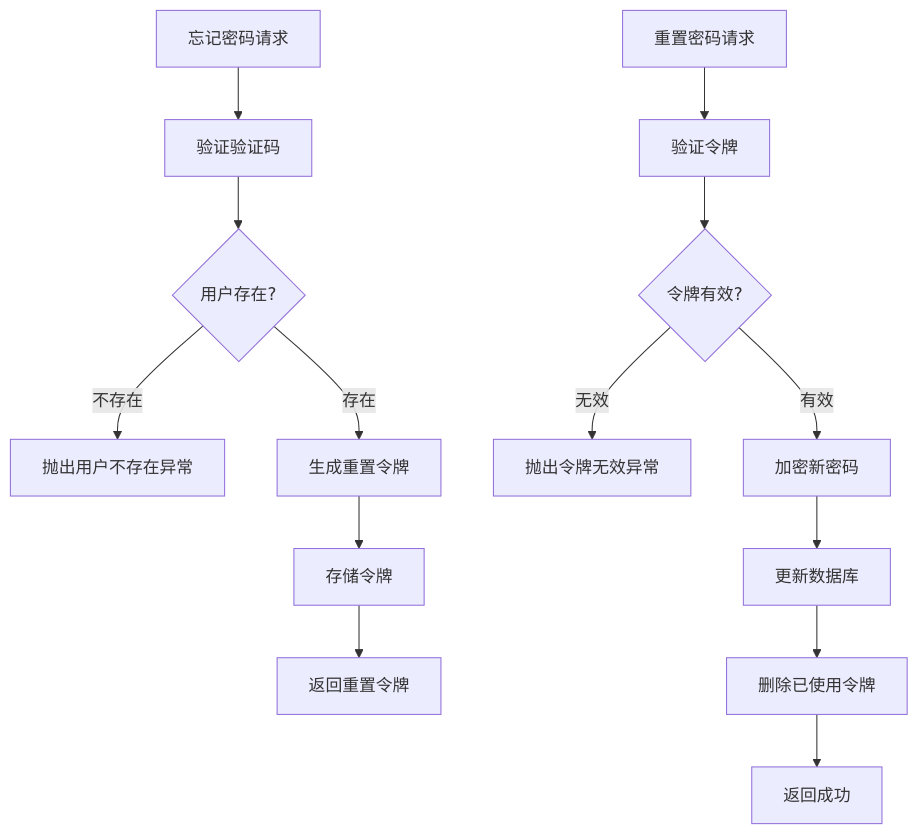
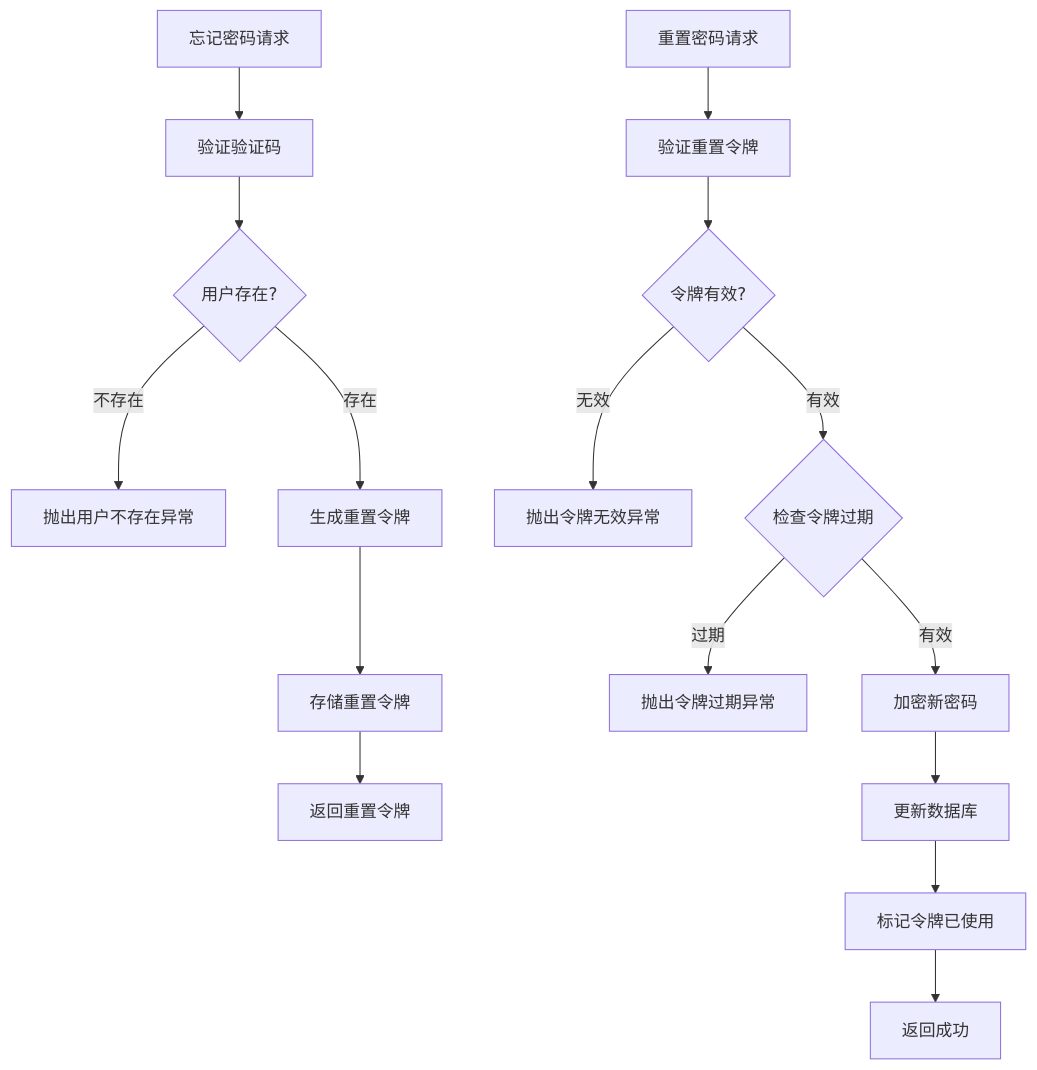
Before and after one commit to lsqwawa/free-dress: the ninth of 10 diagrams in .qoder/repowiki/zh/content/前端开发指南/页面架构/认证页面/密码重置页面.md, drawn with Mermaid. The commit also changed other lines of this file and 55 other files, not shown here.

````diff
--- a/.qoder/repowiki/zh/content/前端开发指南/页面架构/认证页面/密码重置页面.md
+++ b/.qoder/repowiki/zh/content/前端开发指南/页面架构/认证页面/密码重置页面.md
@@ -261,16 +343,18 @@
 ```mermaid
 flowchart TD
 ForgotPassword[忘记密码请求] --> VerifyCaptcha[验证验证码]
 VerifyCaptcha --> CheckUser{用户存在?}
 CheckUser --> |不存在| UserError[抛出用户不存在异常]
-CheckUser --> |存在| GenerateToken[生成重置令牌]
-GenerateToken --> StoreToken[存储令牌]
-StoreToken --> ReturnToken[返回重置令牌]
-ResetPassword[重置密码请求] --> VerifyToken[验证令牌]
-VerifyToken --> CheckToken{令牌有效?}
+CheckUser --> |存在| GenerateResetToken[生成重置令牌]
+GenerateResetToken --> StoreResetToken[存储重置令牌]
+StoreResetToken --> ReturnResetToken[返回重置令牌]
+ResetPassword[重置密码请求] --> VerifyResetToken[验证重置令牌]
+VerifyResetToken --> CheckToken{令牌有效?}
 CheckToken --> |无效| TokenError[抛出令牌无效异常]
-CheckToken --> |有效| HashPassword[加密新密码]
+CheckToken --> |有效| CheckExpiry{检查令牌过期}
+CheckExpiry --> |过期| ExpiredError[抛出令牌过期异常]
+CheckExpiry --> |有效| HashPassword[加密新密码]
 HashPassword --> UpdatePassword[更新数据库]
-UpdatePassword --> DeleteToken[删除已使用令牌]
-DeleteToken --> Success[返回成功]
+UpdatePassword --> MarkUsed[标记令牌已使用]
+MarkUsed --> Success[返回成功]
 ```
````
